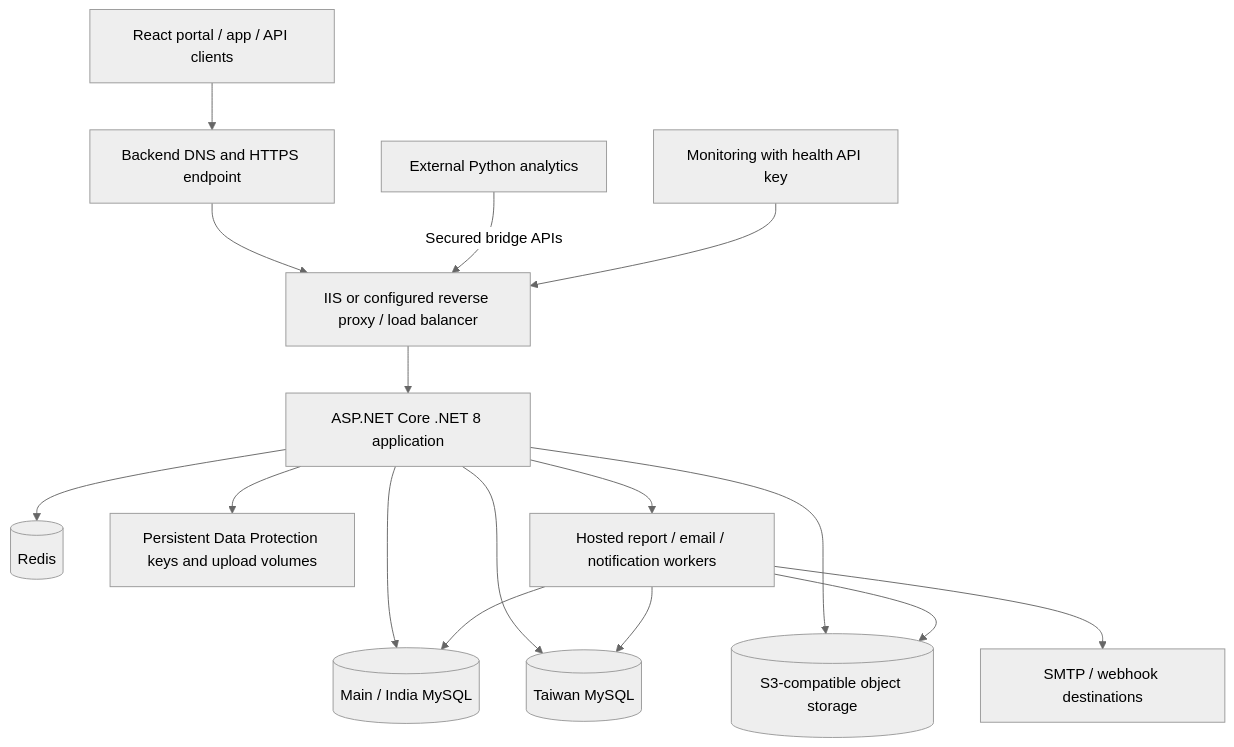
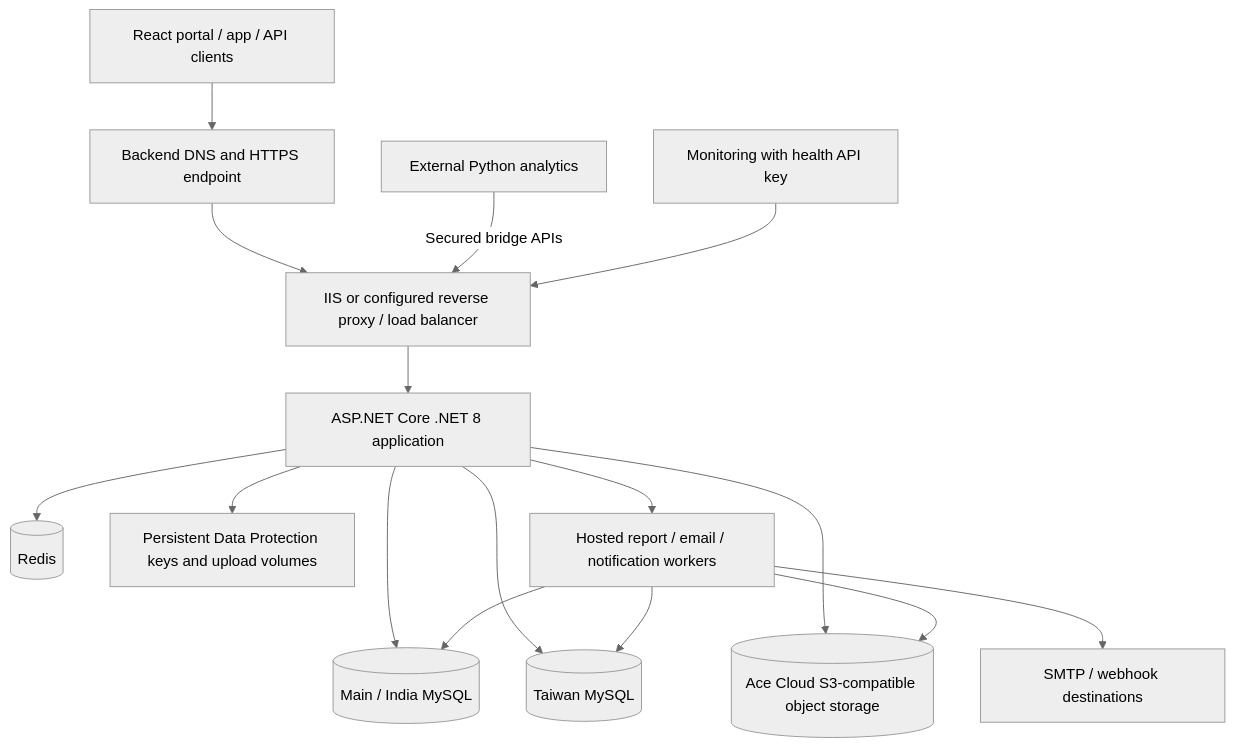
Before and after one commit to Adithakur954/Signal-Trackers-App: the first of 3 diagrams in docs/backend-deployment-testing.md, drawn with Mermaid (neutral theme). The commit also changed other lines of this file and 20 other files, not shown here.

````diff
--- a/docs/backend-deployment-testing.md
+++ b/docs/backend-deployment-testing.md
@@ -15,18 +15,18 @@
 ```mermaid
 flowchart TD
     Client[React portal / app / API clients] --> DNS[Backend DNS and HTTPS endpoint]
     DNS --> Proxy[IIS or configured reverse proxy / load balancer]
     Proxy --> App[ASP.NET Core .NET 8 application]
     App --> IN[(Main / India MySQL)]
     App --> TW[(Taiwan MySQL)]
     App --> Redis[(Redis)]
-    App --> S3[(S3-compatible object storage)]
+    App --> S3[(Ace Cloud S3-compatible object storage)]
     App --> Keys[Persistent Data Protection keys and upload volumes]
     Python[External Python analytics] -->|Secured bridge APIs| Proxy
     App --> Workers[Hosted report / email / notification workers]
     Workers --> S3
     Workers --> IN
     Workers --> TW
     Workers --> Delivery[SMTP / webhook destinations]
     Monitor[Monitoring with health API key] --> Proxy
 ```
````
